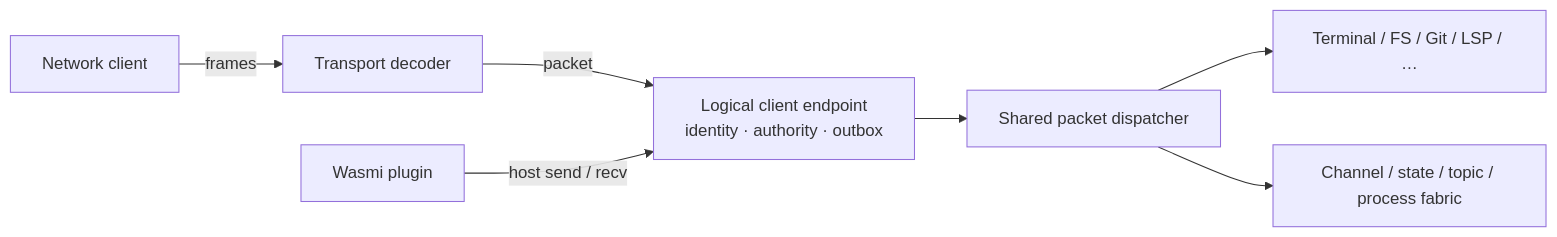
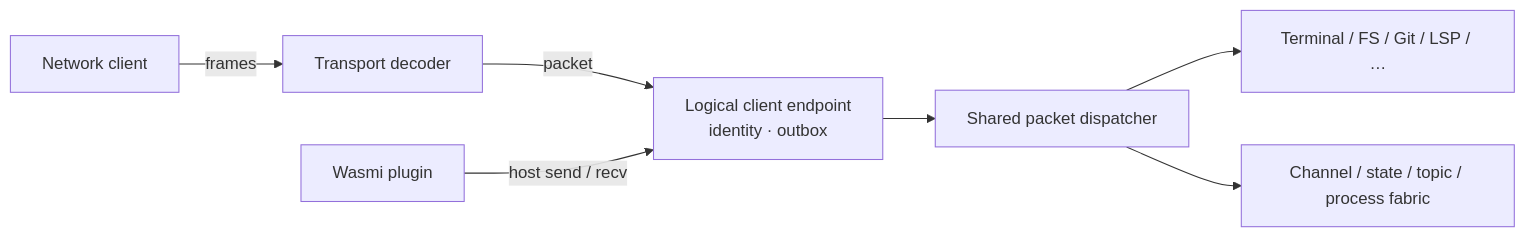
Before and after one commit to indent-com/blit: the diagram in docs/design/plugins.md, drawn with Mermaid. The commit also changed other lines of this file, not shown here.

````diff
--- a/docs/design/plugins.md
+++ b/docs/design/plugins.md
@@ -115,9 +110,9 @@
 ```mermaid
 flowchart LR
     Network["Network client"] -->|frames| Decoder["Transport decoder"]
-    Decoder -->|packet| Endpoint["Logical client endpoint<br/>identity · authority · outbox"]
+    Decoder -->|packet| Endpoint["Logical client endpoint<br/>identity · outbox"]
     Plugin["Wasmi plugin"] -->|host send / recv| Endpoint
     Endpoint --> Dispatcher["Shared packet dispatcher"]
     Dispatcher --> Existing["Terminal / FS / Git / LSP / …"]
     Dispatcher --> Fabric["Channel / state / topic / process fabric"]
 ```
````
